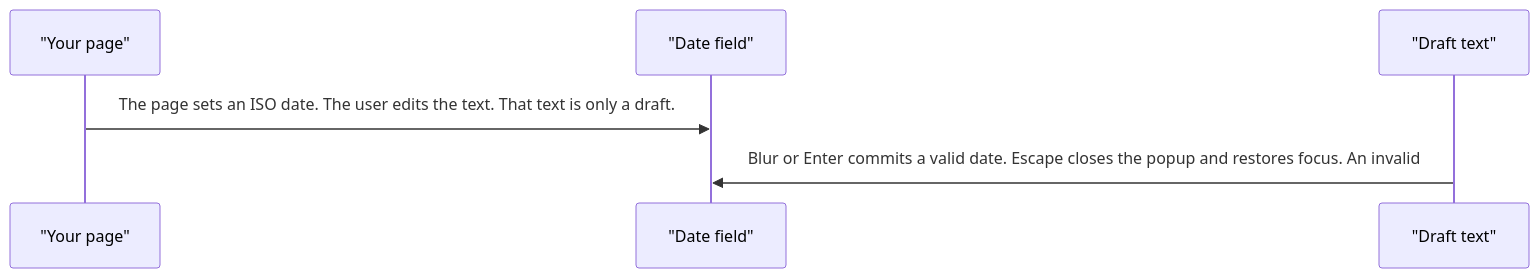
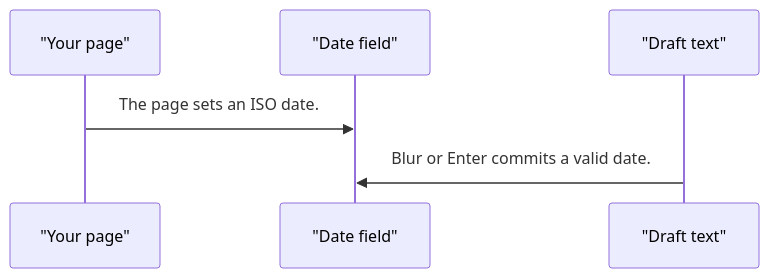
One commit to RajshekharBorate/pixel-ui changed the second of 3 diagrams in projects/pixel-ui/src/lib/pixel-datepicker/DESIGN.md. Above: the diagram before and after it, drawn with Mermaid. The commit also changed other lines of this file and 80 other files, not shown here.

Commit message:
Fill missing design flows and correct the stories that did not match component behavior.

````diff
--- a/projects/pixel-ui/src/lib/pixel-datepicker/DESIGN.md
+++ b/projects/pixel-ui/src/lib/pixel-datepicker/DESIGN.md
@@ -48,8 +48,8 @@
 ```mermaid
 sequenceDiagram
   participant page as "Your page"
   participant field as "Date field"
   participant text as "Draft text"
-  page->>field: The page sets an ISO date. The user edits the text. That text is only a draft.
-  text->>field: Blur or Enter commits a valid date. Escape closes the popup and restores focus. An invalid
+  page->>field: The page sets an ISO date.
+  text->>field: Blur or Enter commits a valid date.
 ```
````
